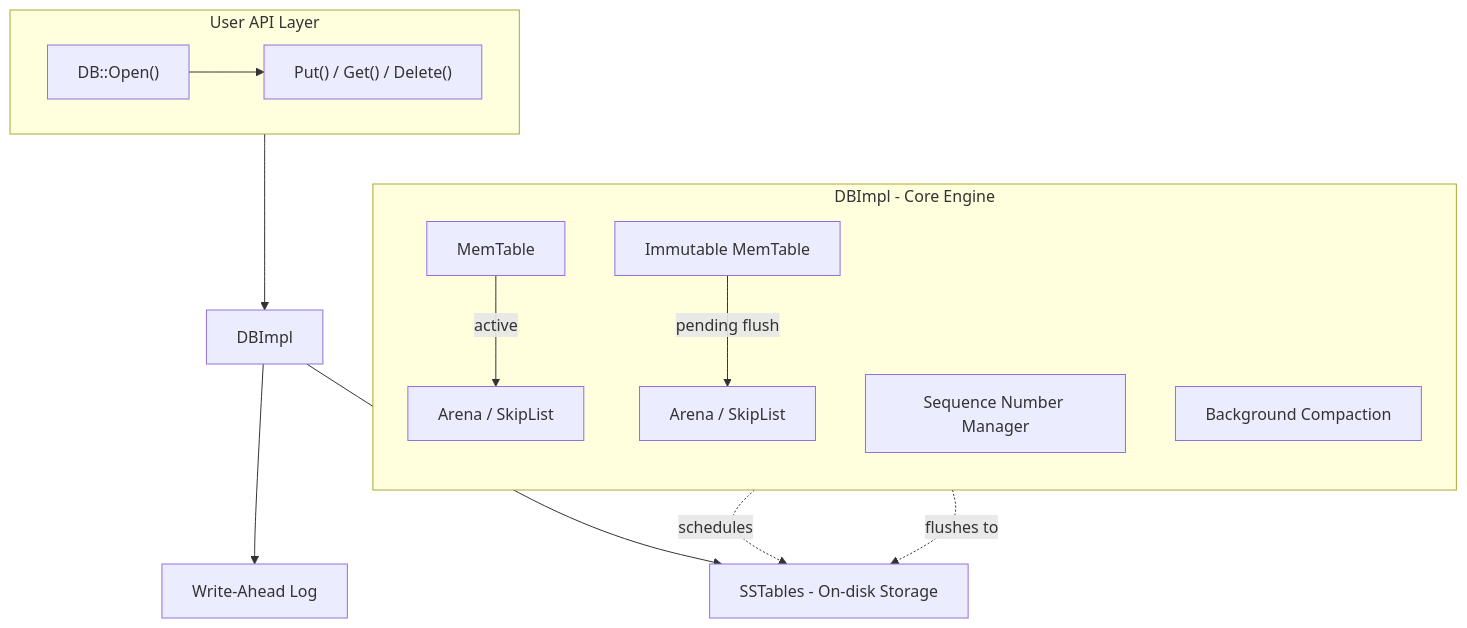
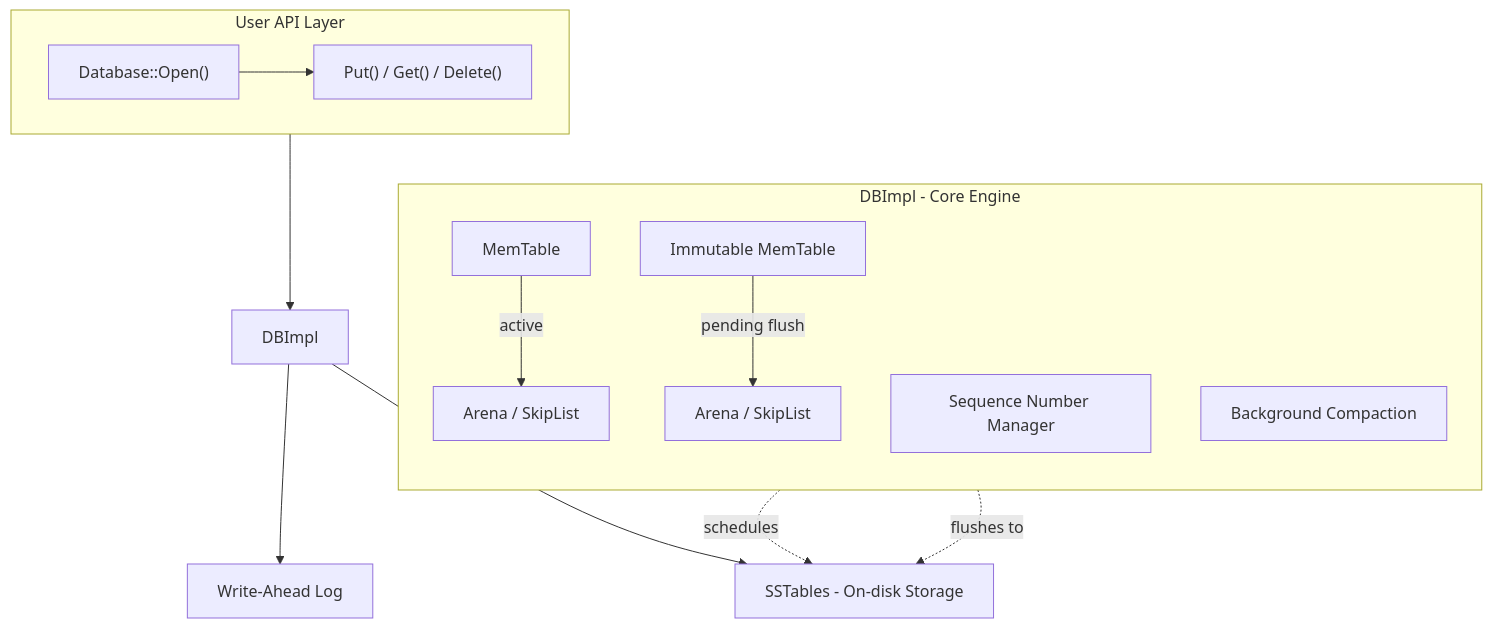
Before and after one commit to puji4810/Prism: the first of 7 diagrams in docs/architecture.md, drawn with Mermaid. The commit also changed other lines of this file and 2 other files, not shown here.

First line of the commit message:
Docs: Document Database/AsyncDB and Snapshot APIs

````diff
--- a/docs/architecture.md
+++ b/docs/architecture.md
@@ -14,22 +21,22 @@
 ```mermaid
 flowchart TD
     subgraph API [User API Layer]
         direction LR
-        Open["DB::Open()"] --> Ops["Put() / Get() / Delete()"]
+	    Open["Database::Open()"] --> Ops["Put() / Get() / Delete()"]
     end
 
     API --> DBImpl
 
     subgraph Core [DBImpl - Core Engine]
         direction TB
         Mem[MemTable] -- active --> MemA[Arena / SkipList]
         Imm[Immutable MemTable] -- pending flush --> MemB[Arena / SkipList]
         Seq[Sequence Number Manager]
         BG[Background Compaction]
     end
 
     DBImpl --> WAL[Write-Ahead Log]
     DBImpl --> SST[SSTables - On-disk Storage]
     BG -. schedules .-> SST
     Imm -. flushes to .-> SST
 ```
````
